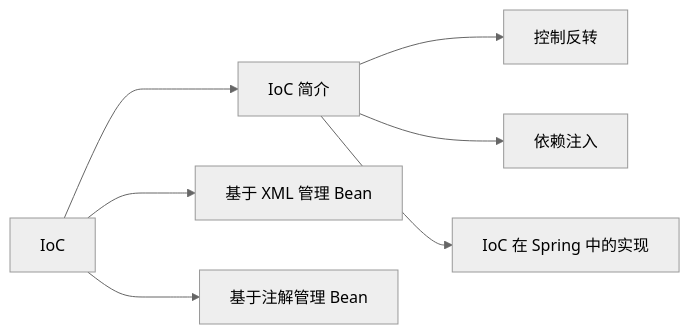
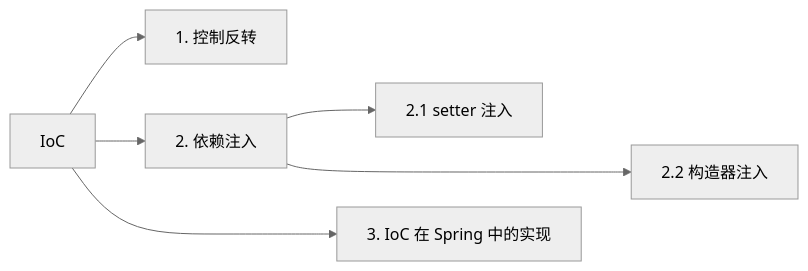
Before and after one commit to TZ0385/JavaPark: the fourth of 4 diagrams in src/md/java/spring6/2023-01-31-all.md, drawn with Mermaid (neutral theme). The commit also changed other lines of this file, not shown here.

````diff
--- a/src/md/java/spring6/2023-01-31-all.md
+++ b/src/md/java/spring6/2023-01-31-all.md
@@ -600,9 +600,9 @@
 ```mermaid
 graph LR
-IoC ---> A[IoC 简介]
-A[IoC 简介] --> D[控制反转] 
-A[IoC 简介] --> E[依赖注入] 
-A[IoC 简介] --> F[IoC 在 Spring 中的实现]
-IoC ---> B[基于 XML 管理 Bean]
-IoC ---> C[基于注解管理 Bean]
+
+IoC --> D[1. 控制反转] 
+IoC --> E[2. 依赖注入] 
+E[2. 依赖注入]  --> F[2.1 setter 注入]
+E[2. 依赖注入]  ---> B[2.2 构造器注入]
+IoC ---> C[3. IoC 在 Spring 中的实现]
 ```
````
